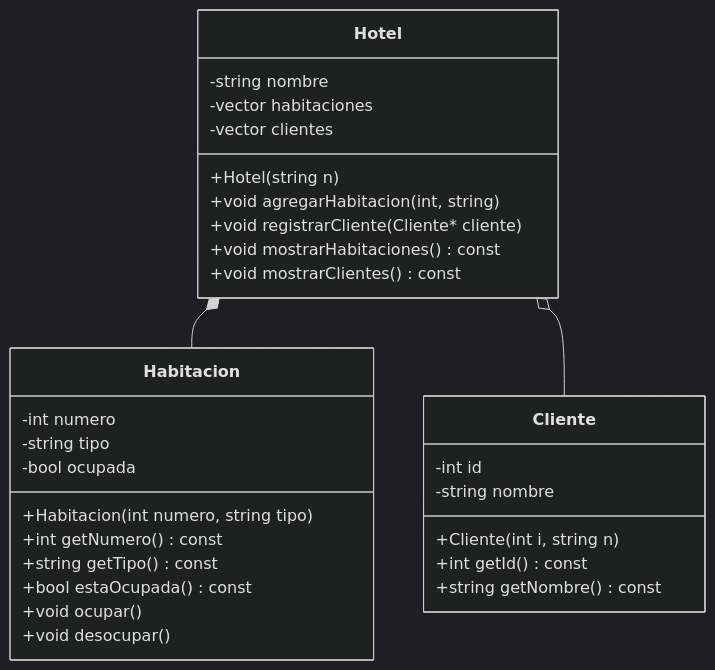
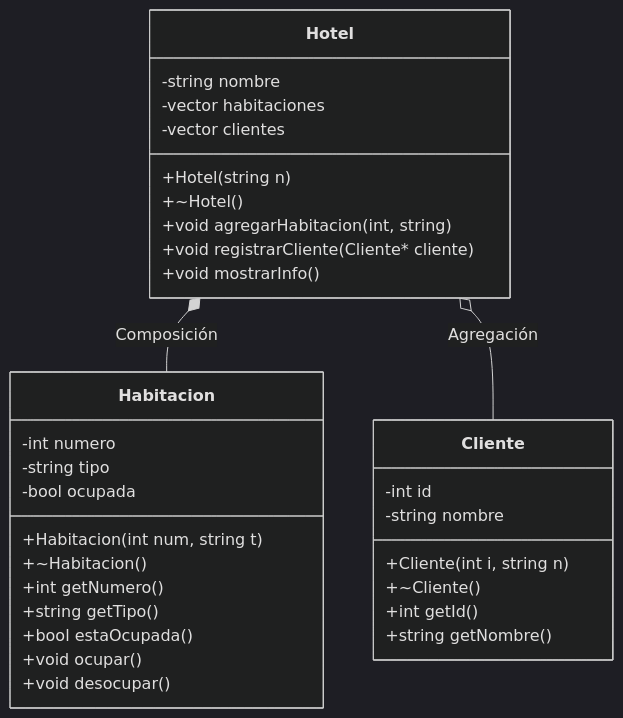
Before and after one commit to JuanEspinosa-design/ejerciciosUML: the diagram in ejercicio1Hotel.md, drawn with Mermaid (dark theme).

````diff
--- a/ejercicio1Hotel.md
+++ b/ejercicio1Hotel.md
@@ -1,37 +1,39 @@
 ```mermaid
 classDiagram
 
     class Hotel {
         -string nombre
         -vector<Habitacion> habitaciones
         -vector<Cliente*> clientes
         +Hotel(string n)
+        +~Hotel()
         +void agregarHabitacion(int, string)
         +void registrarCliente(Cliente* cliente)
-        +void mostrarHabitaciones() const
-        +void mostrarClientes() const
+        +void mostrarInfo()
     }
 
     class Habitacion {
         -int numero
         -string tipo
         -bool ocupada
-        +Habitacion(int numero, string tipo)
-        +int getNumero() const
-        +string getTipo() const
-        +bool estaOcupada() const
+        +Habitacion(int num, string t)
+        +~Habitacion()
+        +int getNumero() 
+        +string getTipo() 
+        +bool estaOcupada() 
         +void ocupar()
         +void desocupar()
     }
 
     class Cliente {
         -int id
         -string nombre
         +Cliente(int i, string n)
-        +int getId() const
-        +string getNombre() const
+        +~Cliente()
+        +int getId()
+        +string getNombre()
     }
 
-    Hotel *-- Habitacion 
-    Hotel o-- Cliente
+    Hotel *-- Habitacion : Composición
+    Hotel o-- Cliente : Agregación
 ```
````
